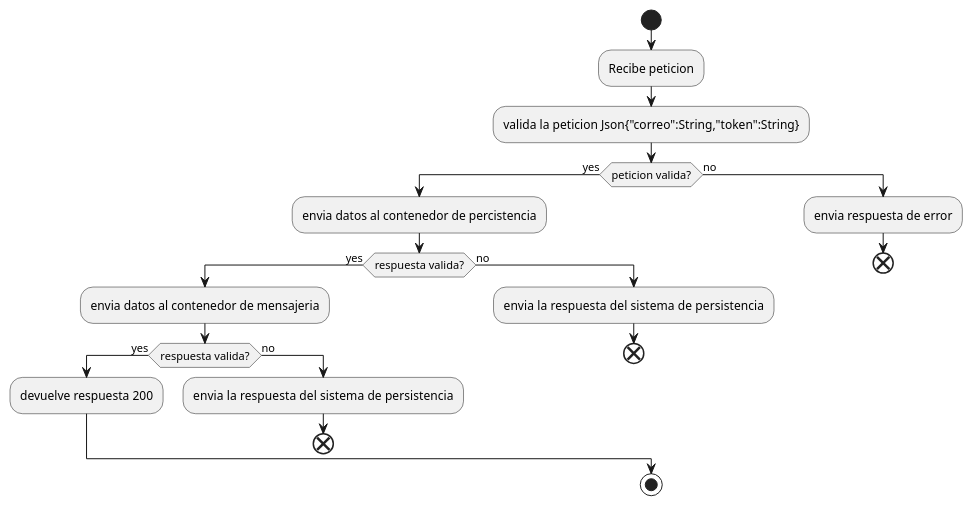
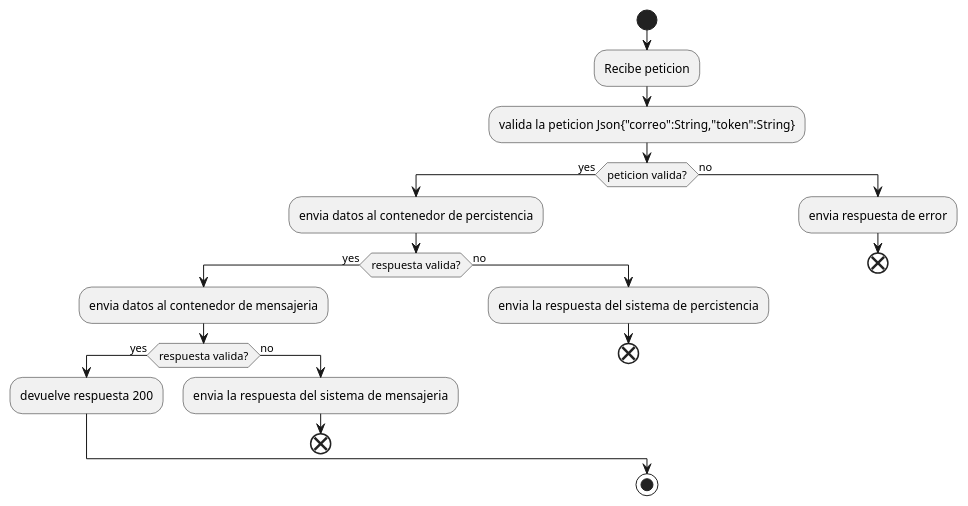
The diagram in apiGateway/arquitectura/Diagramas de actividad/RutaRegistrar.plantuml (krivxII/Auth-Layer-Service), drawn with PlantUML before and after one commit. The commit also changed other lines of this file and 3 other files, not shown here.

```diff
--- a/apiGateway/arquitectura/Diagramas de actividad/RutaRegistrar.plantuml
+++ b/apiGateway/arquitectura/Diagramas de actividad/RutaRegistrar.plantuml
@@ -1,24 +1,24 @@
 @startuml
 start
 :Recibe peticion;
 :valida la peticion Json{"correo":String,"token":String};
 if (peticion valida?) then (yes)
   :envia datos al contenedor de percistencia;
 if (respuesta valida?) then (yes)
   :envia datos al contenedor de mensajeria;
 if (respuesta valida?) then (yes)
   :devuelve respuesta 200;
 else (no)
-  :envia la  respuesta del sistema de persistencia;
+  :envia la  respuesta del sistema de mensajeria;
   end
 endif
 else (no)
-  :envia la  respuesta del sistema de persistencia;
+  :envia la  respuesta del sistema de percistencia;
   end
 endif
 else (no)
   :envia respuesta de error;
   end
 endif
 stop
 @enduml
```
